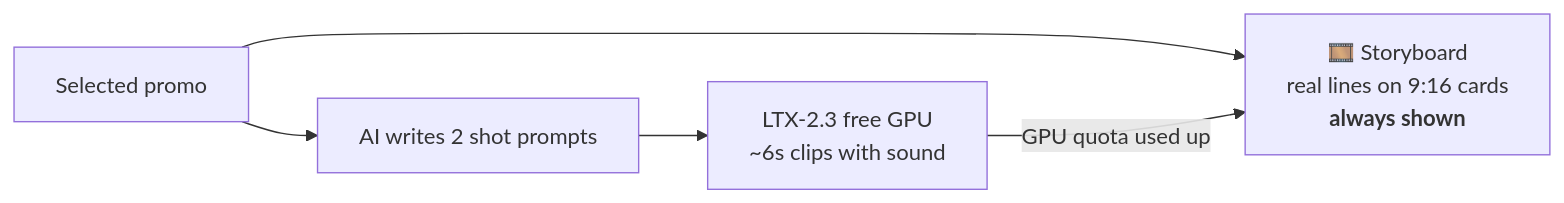
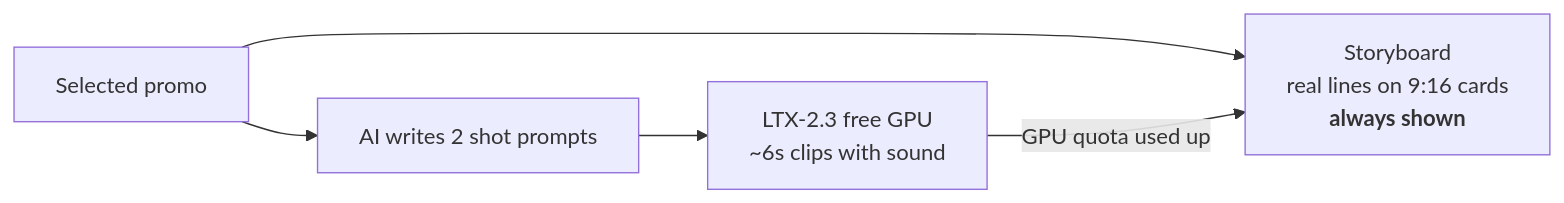
The fifth of 5 diagrams in README.md (Arnavdsp/kuku-promo-finder), drawn with Mermaid before and after one commit. The commit also changed other lines of this file and 1 other file, not shown here.

````diff
--- a/README.md
+++ b/README.md
@@ -123,6 +123,6 @@
 ```mermaid
 flowchart LR
-    S["Selected promo"] --> B["🎞️ Storyboard<br/>real lines on 9:16 cards<br/><b>always shown</b>"]
+    S["Selected promo"] --> B["Storyboard<br/>real lines on 9:16 cards<br/><b>always shown</b>"]
     S --> P["AI writes 2 shot prompts"] --> V["LTX-2.3 free GPU<br/>~6s clips with sound"]
     V -- GPU quota used up --> B
 ```
````
